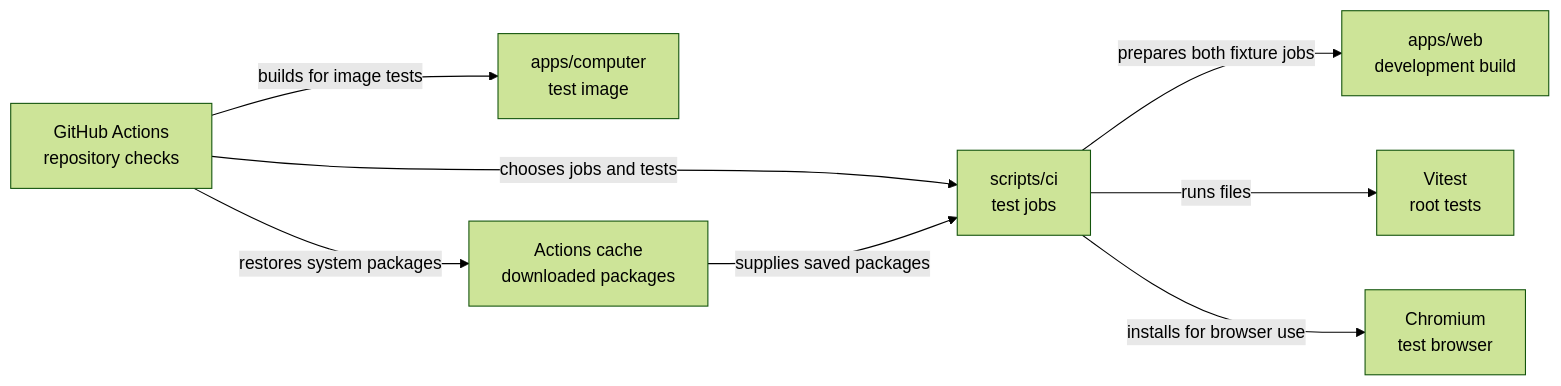
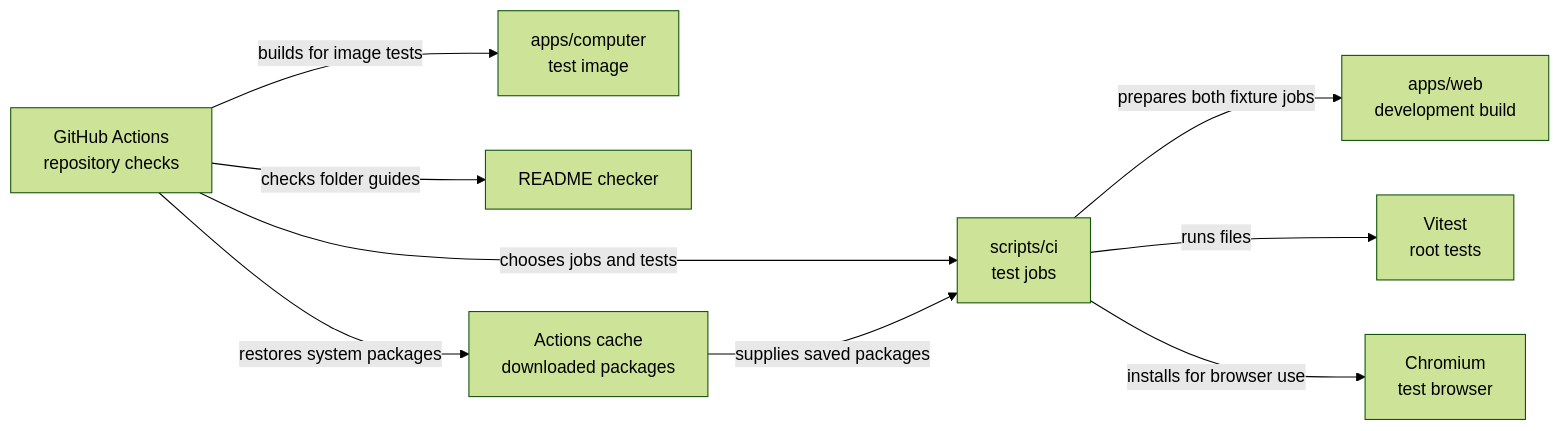
One commit to elewa-git/opencrane-new changed the diagram in scripts/ci/README.md. Above: the diagram before and after it, drawn with Mermaid (forest theme). The commit also changed other lines of this file and 3 other files, not shown here.

Commit message:
🔧 Check folder guides on documentation pull requests

````diff
--- a/scripts/ci/README.md
+++ b/scripts/ci/README.md
@@ -13,10 +13,11 @@
 ```mermaid
 flowchart LR
   actions["GitHub Actions<br/>repository checks"] -->|chooses jobs and tests| ci["scripts/ci<br/>test jobs"]
   ci -->|prepares both fixture jobs| web["apps/web<br/>development build"]
   ci -->|runs files| vitest["Vitest<br/>root tests"]
   actions -->|builds for image tests| computer["apps/computer<br/>test image"]
+  actions -->|checks folder guides| readmes["README checker"]
   ci -->|installs for browser use| chromium["Chromium<br/>test browser"]
   actions -->|restores system packages| cache["Actions cache<br/>downloaded packages"]
   cache -->|supplies saved packages| ci
 ```
````
